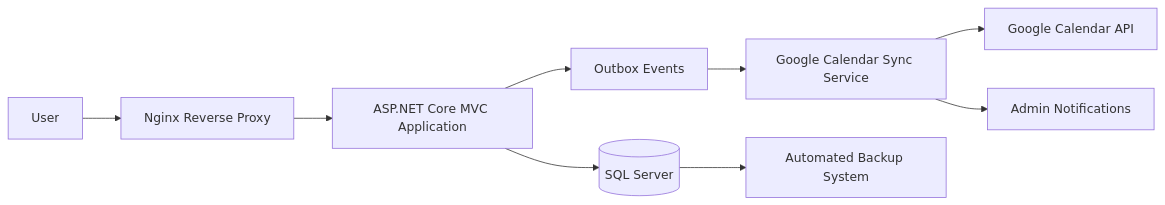
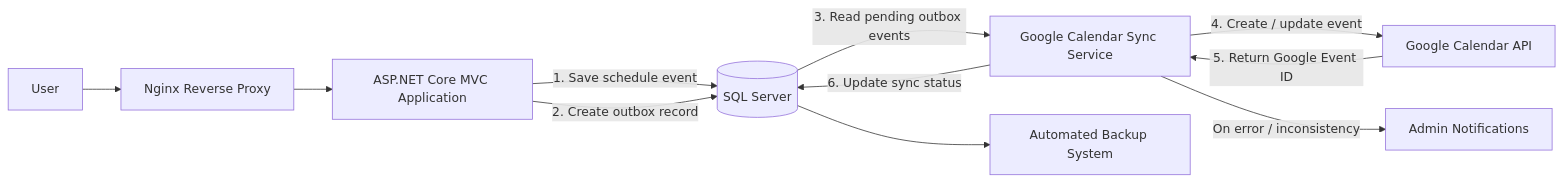
One commit to djole994/E-Raspored-docs changed the first of 3 diagrams in README.md. Above: the diagram before and after it, drawn with Mermaid. The commit also changed other lines of this file, not shown here.

````diff
--- a/README.md
+++ b/README.md
@@ -69,11 +69,18 @@
 ```mermaid
 flowchart LR
     User[User] --> Nginx[Nginx Reverse Proxy]
     Nginx --> App[ASP.NET Core MVC Application]
-    App --> DB[(SQL Server)]
-    App --> Outbox[Outbox Events]
-    Outbox --> SyncService[Google Calendar Sync Service]
-    SyncService --> GCal[Google Calendar API]
-    SyncService --> Notifications[Admin Notifications]
+
+    App -->|1. Save schedule event| DB[(SQL Server)]
+    App -->|2. Create outbox record| DB
+
+    DB -->|3. Read pending outbox events| SyncService[Google Calendar Sync Service]
+
+    SyncService -->|4. Create / update event| GCal[Google Calendar API]
+    GCal -->|5. Return Google Event ID| SyncService
+
+    SyncService -->|6. Update sync status| DB
+    SyncService -->|On error / inconsistency| Notifications[Admin Notifications]
+
     DB --> Backup[Automated Backup System]
 ```
````
